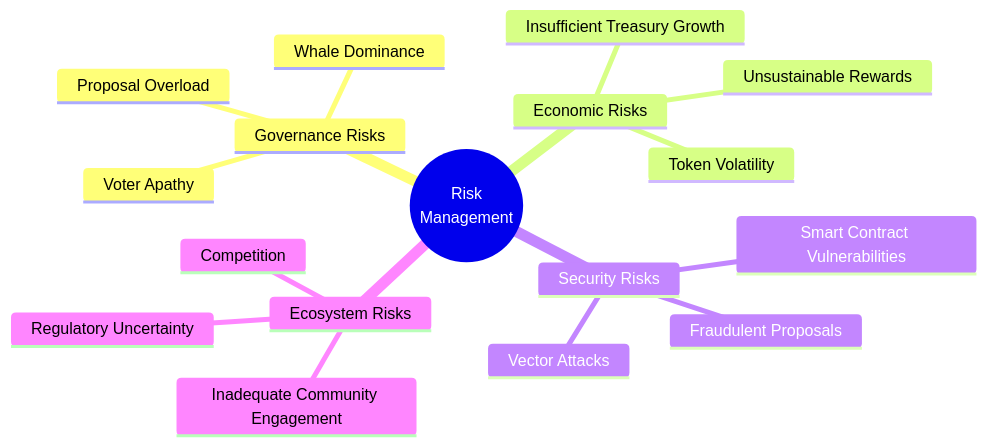
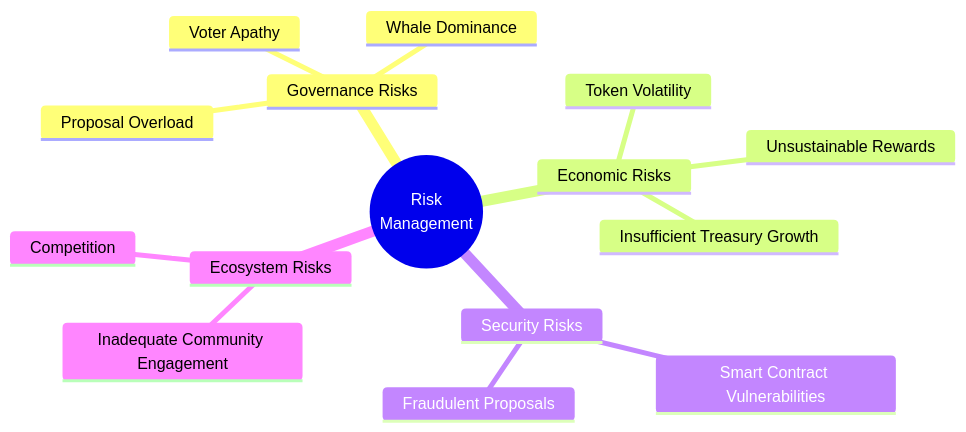
One commit to cosmicrafts/cosmicrafts-dao changed the first of 5 diagrams in src/frontend/src/assets/markdown/en/sustainability.md. Above: the diagram before and after it, drawn with Mermaid. The commit also changed other lines of this file and 5 other files, not shown here.

````diff
--- a/src/frontend/src/assets/markdown/en/sustainability.md
+++ b/src/frontend/src/assets/markdown/en/sustainability.md
@@ -11,20 +23,18 @@
 ```mermaid
 mindmap
   root((Risk<br>Management))
     Governance Risks
       Voter Apathy
       Whale Dominance
       Proposal Overload
     Economic Risks
       Token Volatility
       Unsustainable Rewards
       Insufficient Treasury Growth
     Security Risks
       Smart Contract Vulnerabilities
       Fraudulent Proposals
-      Vector Attacks
     Ecosystem Risks
       Inadequate Community Engagement
       Competition
-      Regulatory Uncertainty
 ```
````
